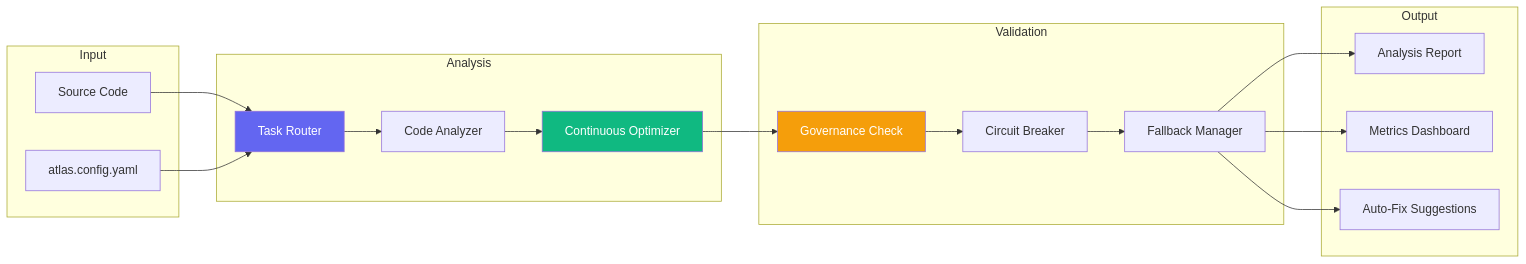
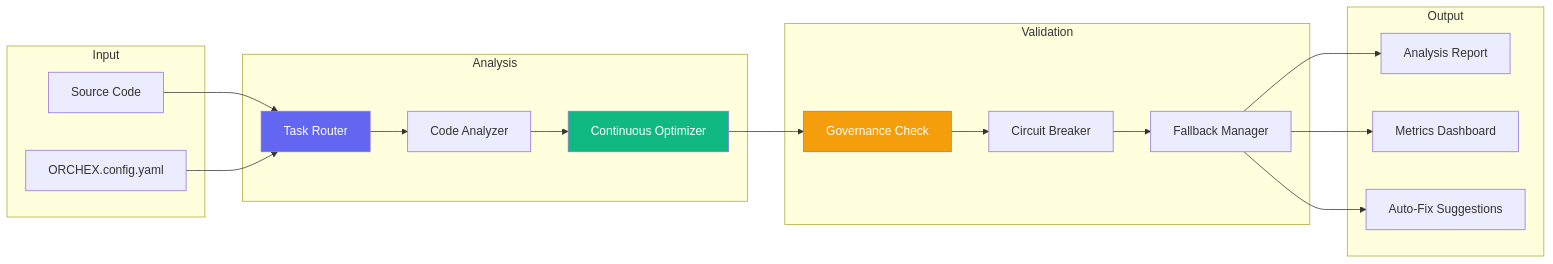
One commit to alaweimm90/alaweimm90 changed the fourth of 5 diagrams in docs/CODEMAP.md. Above: the diagram before and after it, drawn with Mermaid. The commit also changed other lines of this file and 543 other files, not shown here.

````diff
--- a/docs/CODEMAP.md
+++ b/docs/CODEMAP.md
@@ -162,42 +162,42 @@
 ```mermaid
 flowchart LR
     subgraph Input["Input"]
         Source[Source Code]
-        Config[atlas.config.yaml]
+        Config[ORCHEX.config.yaml]
     end
 
     subgraph Analysis["Analysis"]
         Router[Task Router]
         Analyzer[Code Analyzer]
         Optimizer[Continuous Optimizer]
     end
 
     subgraph Validation["Validation"]
         Governance[Governance Check]
         CircuitBreaker[Circuit Breaker]
         Fallback[Fallback Manager]
     end
 
     subgraph Output["Output"]
         Report[Analysis Report]
         Dashboard[Metrics Dashboard]
         Fix[Auto-Fix Suggestions]
     end
 
     Source --> Router
     Config --> Router
     Router --> Analyzer
     Analyzer --> Optimizer
 
     Optimizer --> Governance
     Governance --> CircuitBreaker
     CircuitBreaker --> Fallback
 
     Fallback --> Report
     Fallback --> Dashboard
     Fallback --> Fix
 
     style Router fill:#6366F1,color:#fff
     style Optimizer fill:#10B981,color:#fff
     style Governance fill:#F59E0B,color:#fff
 ```
````
